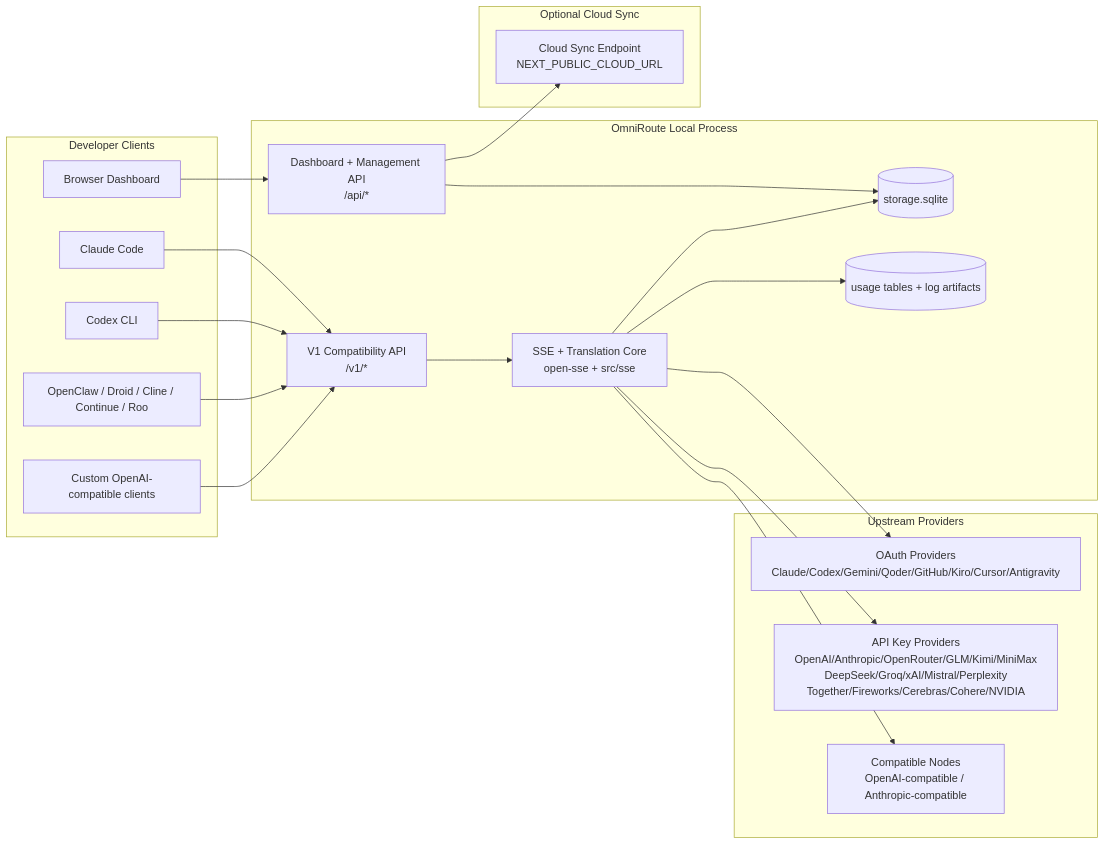
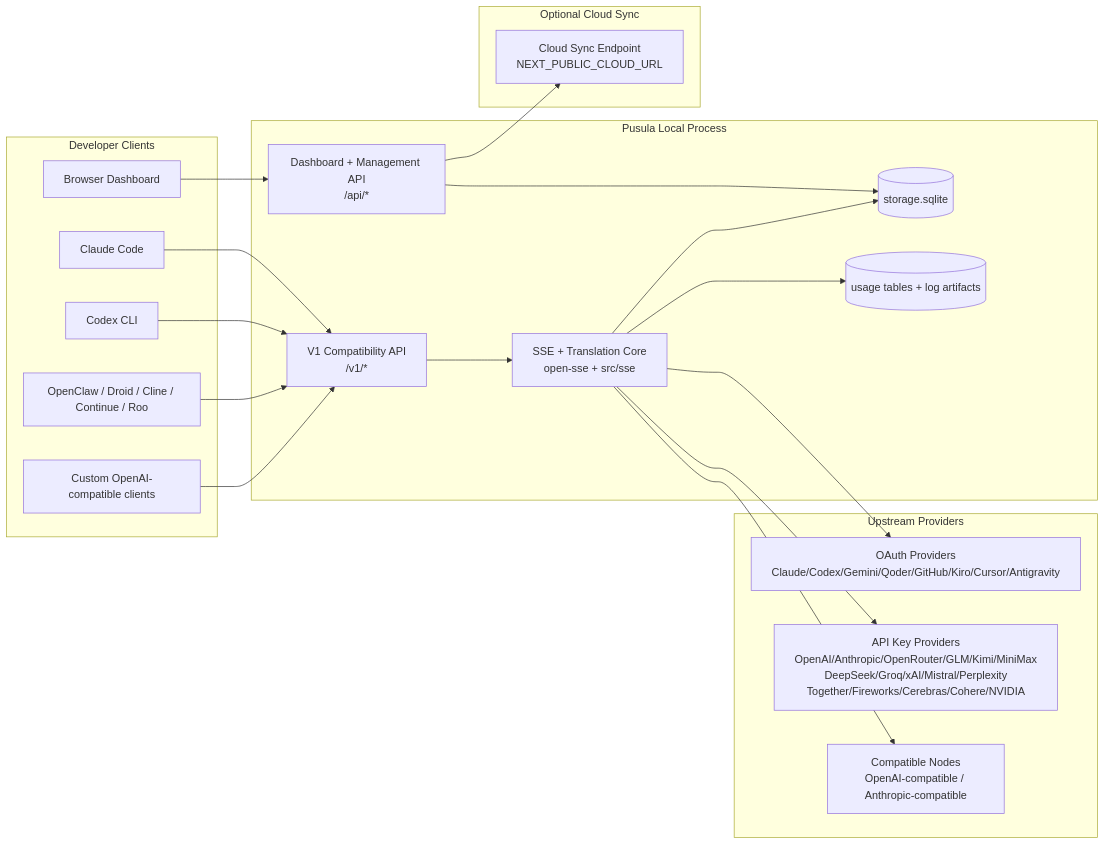
The first of 7 diagrams in docs/architecture/ARCHITECTURE.md (Ferhat-Yasinoglu/pusula), drawn with Mermaid before and after one commit. The commit also changed other lines of this file and 5718 other files, not shown here.

First line of the commit message:
Rename OmniRoute to Pusula across paths and content

````diff
--- a/docs/architecture/ARCHITECTURE.md
+++ b/docs/architecture/ARCHITECTURE.md
@@ -159,45 +159,45 @@
 ```mermaid
 flowchart LR
     subgraph Clients[Developer Clients]
         C1[Claude Code]
         C2[Codex CLI]
         C3[OpenClaw / Droid / Cline / Continue / Roo]
         C4[Custom OpenAI-compatible clients]
         BROWSER[Browser Dashboard]
     end
 
-    subgraph Router[OmniRoute Local Process]
+    subgraph Router[Pusula Local Process]
         API[V1 Compatibility API\n/v1/*]
         DASH[Dashboard + Management API\n/api/*]
         CORE[SSE + Translation Core\nopen-sse + src/sse]
         DB[(storage.sqlite)]
         UDB[(usage tables + log artifacts)]
     end
 
     subgraph Upstreams[Upstream Providers]
         P1[OAuth Providers\nClaude/Codex/Gemini/Qoder/GitHub/Kiro/Cursor/Antigravity]
         P2[API Key Providers\nOpenAI/Anthropic/OpenRouter/GLM/Kimi/MiniMax\nDeepSeek/Groq/xAI/Mistral/Perplexity\nTogether/Fireworks/Cerebras/Cohere/NVIDIA]
         P3[Compatible Nodes\nOpenAI-compatible / Anthropic-compatible]
     end
 
     subgraph Cloud[Optional Cloud Sync]
         CLOUD[Cloud Sync Endpoint\nNEXT_PUBLIC_CLOUD_URL]
     end
 
     C1 --> API
     C2 --> API
     C3 --> API
     C4 --> API
     BROWSER --> DASH
 
     API --> CORE
     DASH --> DB
     CORE --> DB
     CORE --> UDB
 
     CORE --> P1
     CORE --> P2
     CORE --> P3
 
     DASH --> CLOUD
 ```
````
